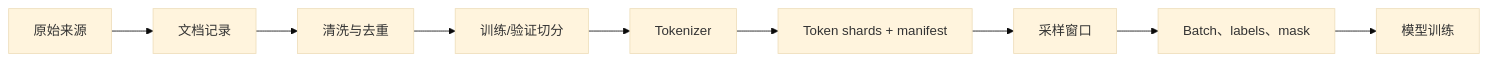
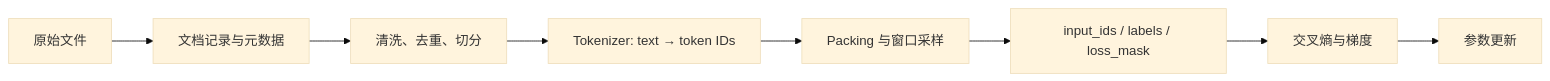
Before and after one commit to WenbinWang12/Modern-Sequence-Models-from-Scratch: the diagram in docs/book/10_data_contract.md, drawn with Mermaid (base theme). The commit also changed other lines of this file and 1 other file, not shown here.

```diff
--- a/docs/book/10_data_contract.md
+++ b/docs/book/10_data_contract.md
@@ -98,11 +146,10 @@
 ~~~mermaid
 flowchart LR
-    A[原始来源] --> B[文档记录]
-    B --> C[清洗与去重]
-    C --> D[训练/验证切分]
-    D --> E[Tokenizer]
-    E --> F[Token shards + manifest]
-    F --> G[采样窗口]
-    G --> H[Batch、labels、mask]
-    H --> I[模型训练]
+    A[原始文件] --> B[文档记录与元数据]
+    B --> C[清洗、去重、切分]
+    C --> D[Tokenizer: text → token IDs]
+    D --> E[Packing 与窗口采样]
+    E --> F[input_ids / labels / loss_mask]
+    F --> G[交叉熵与梯度]
+    G --> H[参数更新]
 ~~~
```
